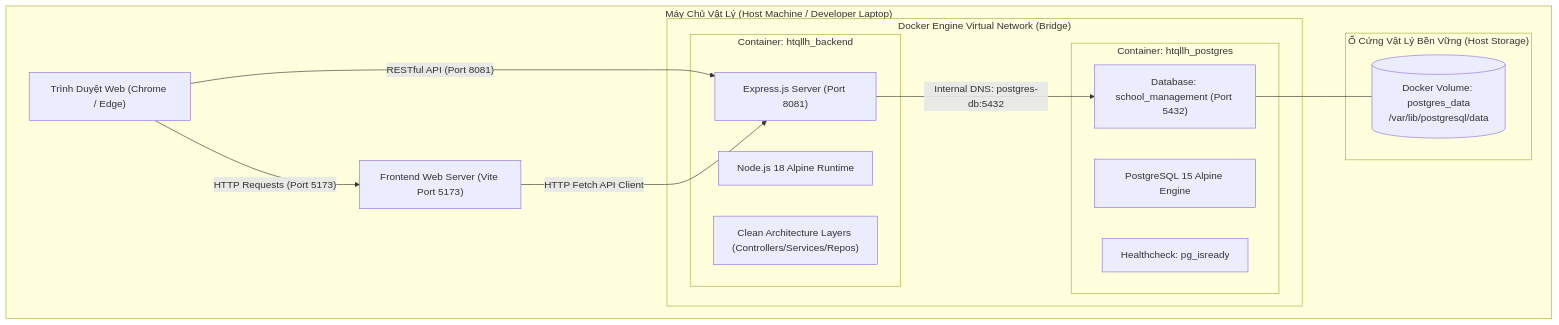
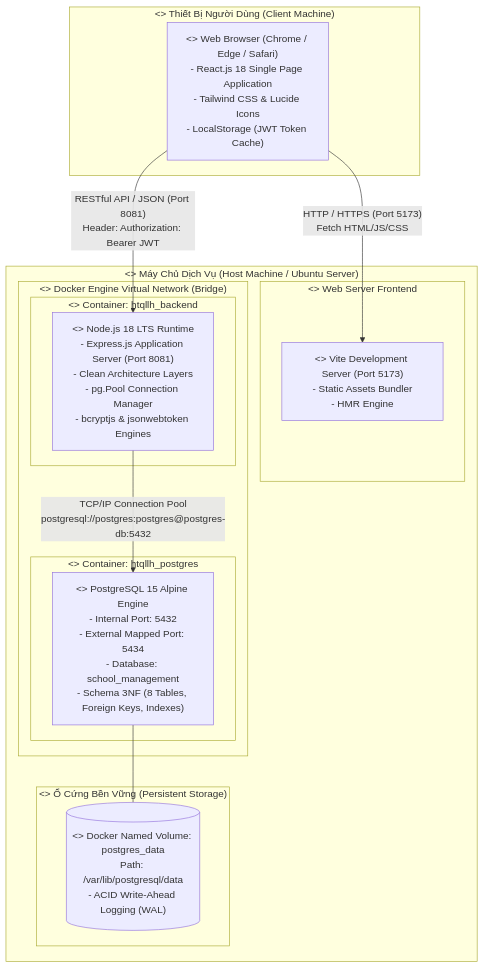
The ninth of 9 diagrams in docs/UML_DIAGRAMS.md (DYBInh2k5/Phat-Trien-Du-An-Phan-Mem), drawn with Mermaid before and after one commit. The commit also changed other lines of this file and 3 other files, not shown here.

Commit message:
docs: chuan hoa tai lieu USE_CASES va UML_DIAGRAMS theo tieu chuan ky nghe phan mem RUP Cockburn va OMG UML 2.5

````diff
--- a/docs/UML_DIAGRAMS.md
+++ b/docs/UML_DIAGRAMS.md
@@ -387,32 +603,32 @@
 ```mermaid
 graph TB
-    subgraph HostMachine ["Máy Chủ Vật Lý (Host Machine / Developer Laptop)"]
-        Browser["Trình Duyệt Web (Chrome / Edge)"]
-        
-        subgraph DockerEngine ["Docker Engine Virtual Network (Bridge)"]
-            subgraph BackendContainer ["Container: htqllh_backend"]
-                NodeRuntime["Node.js 18 Alpine Runtime"]
-                ExpressApp["Express.js Server (Port 8081)"]
-                CleanArch["Clean Architecture Layers (Controllers/Services/Repos)"]
+    subgraph ClientDevice ["<<device>> Thiết Bị Người Dùng (Client Machine)"]
+        Browser["<<executionEnvironment>> Web Browser (Chrome / Edge / Safari)\n- React.js 18 Single Page Application\n- Tailwind CSS & Lucide Icons\n- LocalStorage (JWT Token Cache)"]
+    end
+
+    subgraph HostServer ["<<device>> Máy Chủ Dịch Vụ (Host Machine / Ubuntu Server)"]
+        subgraph ViteEnv ["<<executionEnvironment>> Web Server Frontend"]
+            ViteServer["<<artifact>> Vite Development Server (Port 5173)\n- Static Assets Bundler\n- HMR Engine"]
+        end
+
+        subgraph DockerBridge ["<<executionEnvironment>> Docker Engine Virtual Network (Bridge)"]
+            subgraph NodeContainer ["<<device>> Container: htqllh_backend"]
+                NodeRuntime["<<executionEnvironment>> Node.js 18 LTS Runtime\n- Express.js Application Server (Port 8081)\n- Clean Architecture Layers\n- pg.Pool Connection Manager\n- bcryptjs & jsonwebtoken Engines"]
             end
 
-            subgraph DatabaseContainer ["Container: htqllh_postgres"]
-                PostgresService["PostgreSQL 15 Alpine Engine"]
-                InternalDB["Database: school_management (Port 5432)"]
-                Healthcheck["Healthcheck: pg_isready"]
+            subgraph PostgresContainer ["<<device>> Container: htqllh_postgres"]
+                PostgresEngine["<<executionEnvironment>> PostgreSQL 15 Alpine Engine\n- Internal Port: 5432\n- External Mapped Port: 5434\n- Database: school_management\n- Schema 3NF (8 Tables, Foreign Keys, Indexes)"]
             end
         end
 
-        subgraph PersistentStorage ["Ổ Cứng Vật Lý Bền Vững (Host Storage)"]
-            NamedVolume[("Docker Volume: postgres_data\n/var/lib/postgresql/data")]
+        subgraph HostStorage ["<<device>> Ổ Cứng Bền Vững (Persistent Storage)"]
+            DockerVolume[("<<artifact>> Docker Named Volume: postgres_data\nPath: /var/lib/postgresql/data\n- ACID Write-Ahead Logging (WAL)")]
         end
-
-        FrontendVite["Frontend Web Server (Vite Port 5173)"]
     end
 
-    Browser -- "HTTP Requests (Port 5173)" --> FrontendVite
-    Browser -- "RESTful API (Port 8081)" --> ExpressApp
-    FrontendVite -- "HTTP Fetch API Client" --> ExpressApp
-    ExpressApp -- "Internal DNS: postgres-db:5432" --> InternalDB
-    InternalDB --- NamedVolume
+    %% Network Connections
+    Browser -- "HTTP / HTTPS (Port 5173)\nFetch HTML/JS/CSS" --> ViteServer
+    Browser -- "RESTful API / JSON (Port 8081)\nHeader: Authorization: Bearer JWT" --> NodeRuntime
+    NodeRuntime -- "TCP/IP Connection Pool\npostgresql://postgres:postgres@postgres-db:5432" --> PostgresEngine
+    PostgresEngine --- DockerVolume
 ```
````
